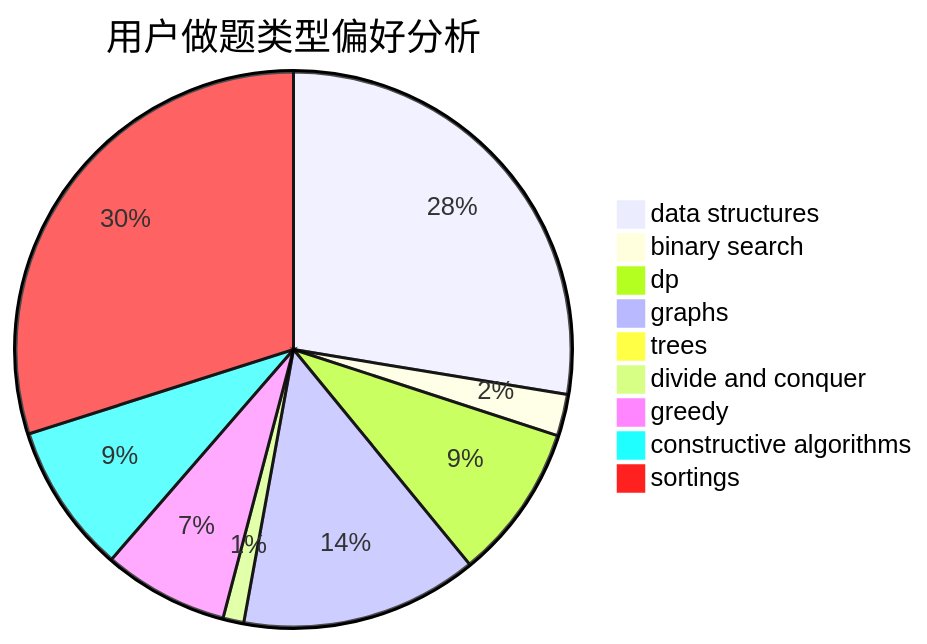
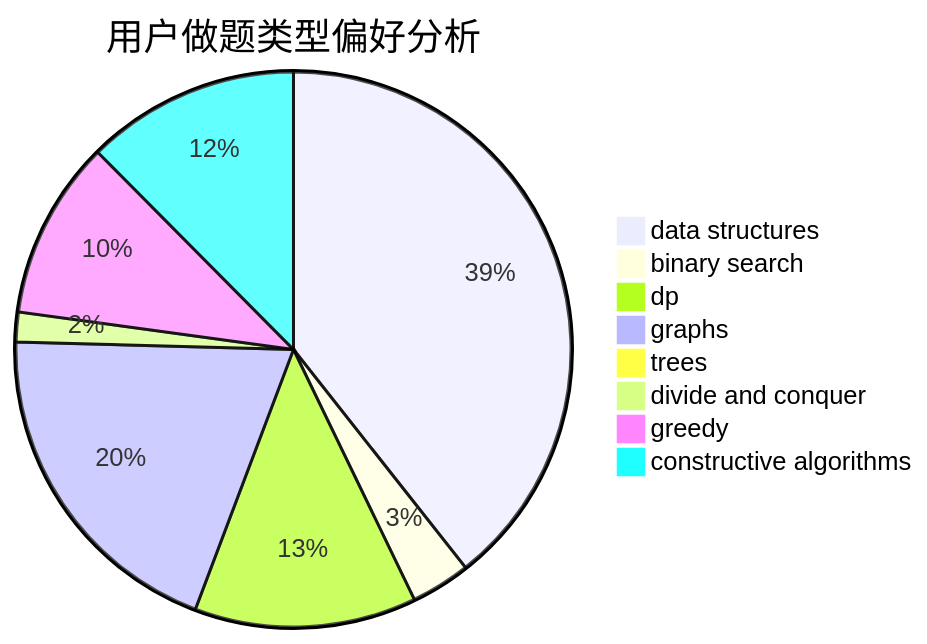
The second of 3 diagrams in docs/user/u468.md (sherpahu/cfrs.github.io), drawn with Mermaid before and after one commit. The commit also changed other lines of this file and 2769 other files, not shown here.

````diff
--- a/docs/user/u468.md
+++ b/docs/user/u468.md
@@ -18,12 +18,11 @@
 ```mermaid
 pie title 用户做题类型偏好分析
     "data structures" :  250
     "binary search" :  22
     "dp" :  82
     "graphs" :  125
     "trees" :  1
     "divide and conquer" :  11
     "greedy" :  66
     "constructive algorithms" :  79
-    "sortings" :  271
 ```
````
